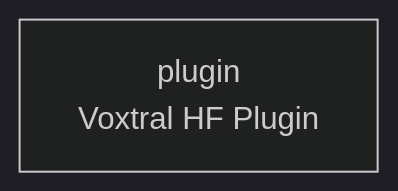
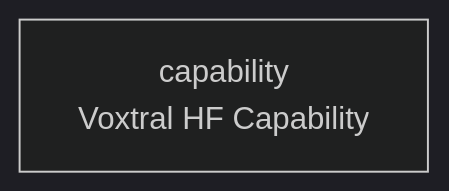
One commit to cj-mills/cjm-capability-voxtral-hf changed the diagram in README.md. Above: the diagram before and after it, drawn with Mermaid (dark theme). The commit also changed other lines of this file and 10 other files, not shown here.

First line of the commit message:
Stage 9 cascade (Layer 2b): rename cjm-transcription-plugin-voxtral-hf -> cjm-capability-voxtral-hf

````diff
--- a/README.md
+++ b/README.md
@@ -21,4 +21,4 @@
 ``` mermaid
 graph LR
-    plugin["plugin<br/>Voxtral HF Plugin"]
+    capability["capability<br/>Voxtral HF Capability"]
 ```
````
